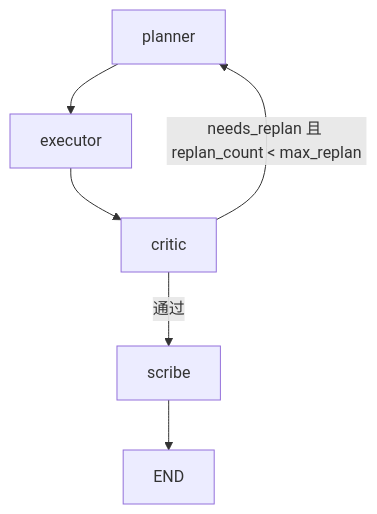
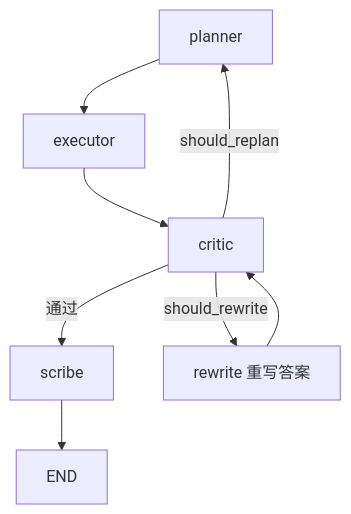
Before and after one commit to bozhang1214/SelfEvolvingKnowledgeBase: the fourth of 6 diagrams in docs/tech/02-RUNTIME-FLOWS.md, drawn with Mermaid. The commit also changed other lines of this file and 28 other files, not shown here.

````diff
--- a/docs/tech/02-RUNTIME-FLOWS.md
+++ b/docs/tech/02-RUNTIME-FLOWS.md
@@ -127,8 +127,10 @@
 ```mermaid
 flowchart TD
     PL[planner] --> EX[executor]
     EX --> CR[critic]
     CR -->|通过| SC[scribe]
-    CR -->|needs_replan 且 replan_count < max_replan| PL
+    CR -->|should_replan| PL
+    CR -->|should_rewrite| RW[rewrite 重写答案]
+    RW --> CR
     SC --> END
 ```
````
